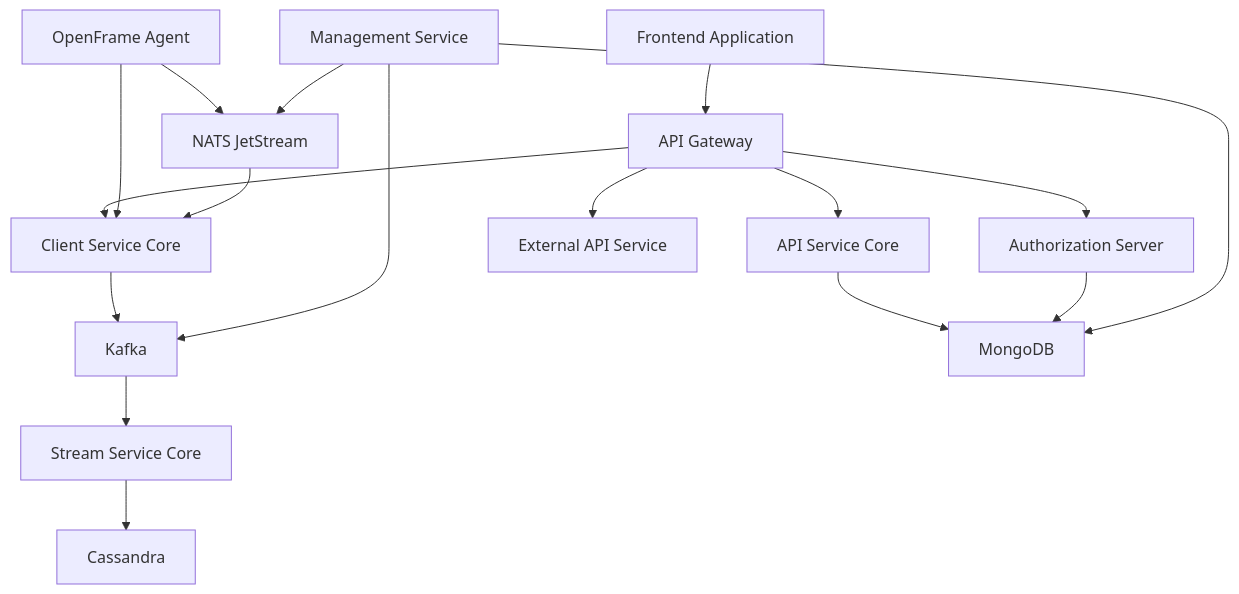
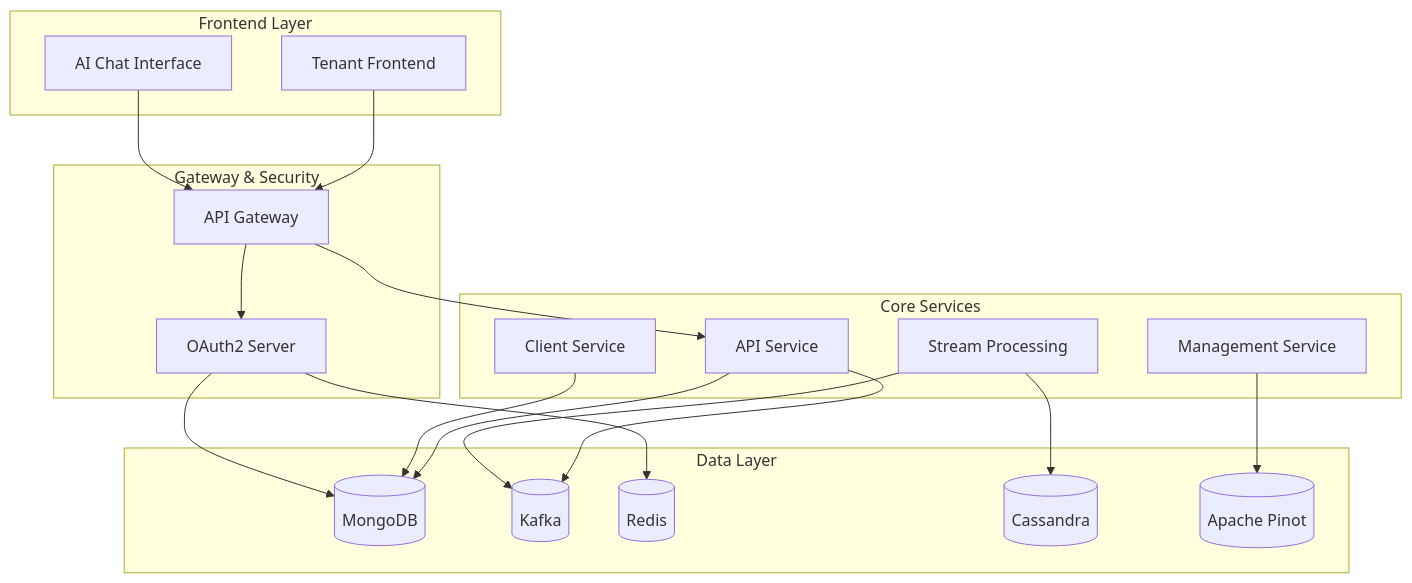
One commit to Praesto-Pro/openframe-oss-tenant changed the diagram in docs/getting-started/introduction.md. Above: the diagram before and after it, drawn with Mermaid. The commit also changed other lines of this file and 214 other files, not shown here.

````diff
--- a/docs/getting-started/introduction.md
+++ b/docs/getting-started/introduction.md
@@ -39,23 +45,42 @@
 ```mermaid
-flowchart TD
-    A[Frontend Application] --> B[API Gateway]
-    B --> C[API Service Core]
-    B --> D[Authorization Server]
-    B --> E[External API Service]
-    B --> F[Client Service Core]
+graph TB
+    subgraph "Frontend Layer"
+        TenantUI[Tenant Frontend]
+        ChatUI[AI Chat Interface]
+    end
     
-    G[OpenFrame Agent] --> F
-    G --> H[NATS JetStream]
+    subgraph "Gateway & Security"
+        Gateway[API Gateway]
+        AuthServer[OAuth2 Server]
+    end
     
-    H --> F
-    F --> I[Kafka]
-    I --> J[Stream Service Core]
+    subgraph "Core Services"
+        ApiService[API Service]
+        StreamService[Stream Processing]
+        ManagementService[Management Service]
+        ClientService[Client Service]
+    end
     
-    C --> K[MongoDB]
-    D --> K
-    J --> L[Cassandra]
+    subgraph "Data Layer"
+        MongoDB[(MongoDB)]
+        Kafka[(Kafka)]
+        Redis[(Redis)]
+        Cassandra[(Cassandra)]
+        Pinot[(Apache Pinot)]
+    end
     
-    M[Management Service] --> K
-    M --> I
-    M --> H
+    TenantUI --> Gateway
+    ChatUI --> Gateway
+    Gateway --> AuthServer
+    Gateway --> ApiService
+    
+    ApiService --> MongoDB
+    ApiService --> Kafka
+    StreamService --> Kafka
+    StreamService --> Cassandra
+    ManagementService --> Pinot
+    ClientService --> MongoDB
+    
+    AuthServer --> MongoDB
+    AuthServer --> Redis
 ```
````
